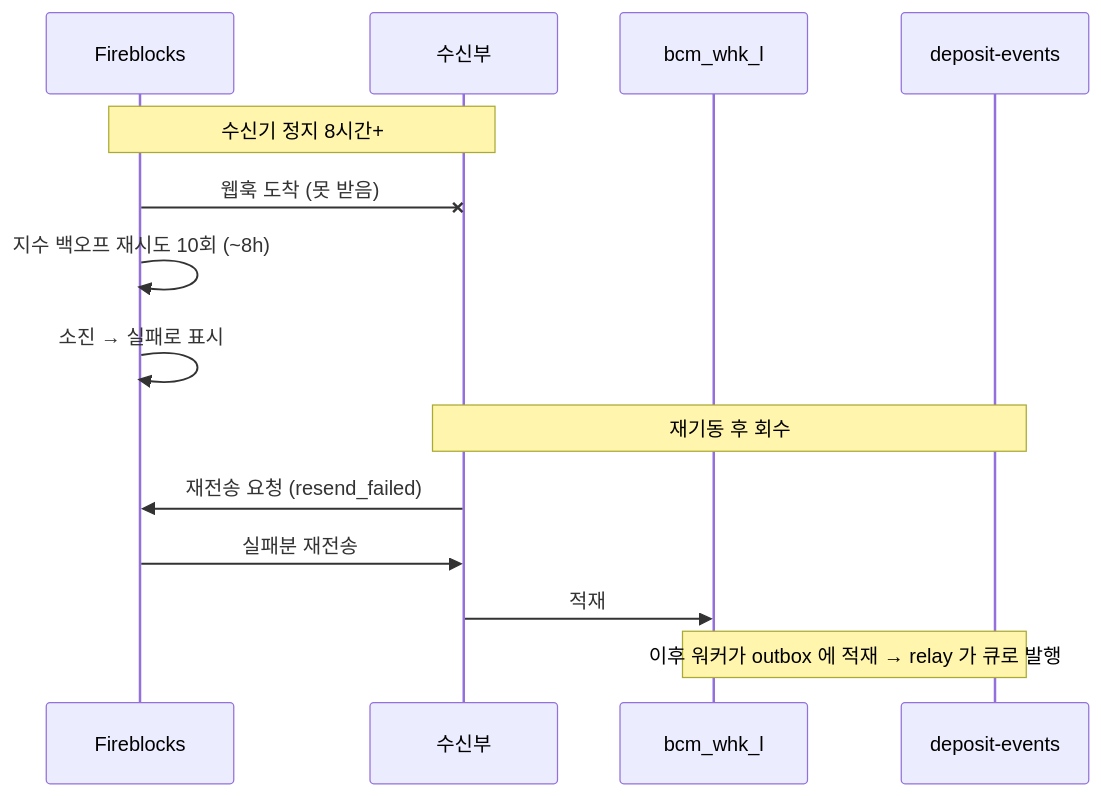
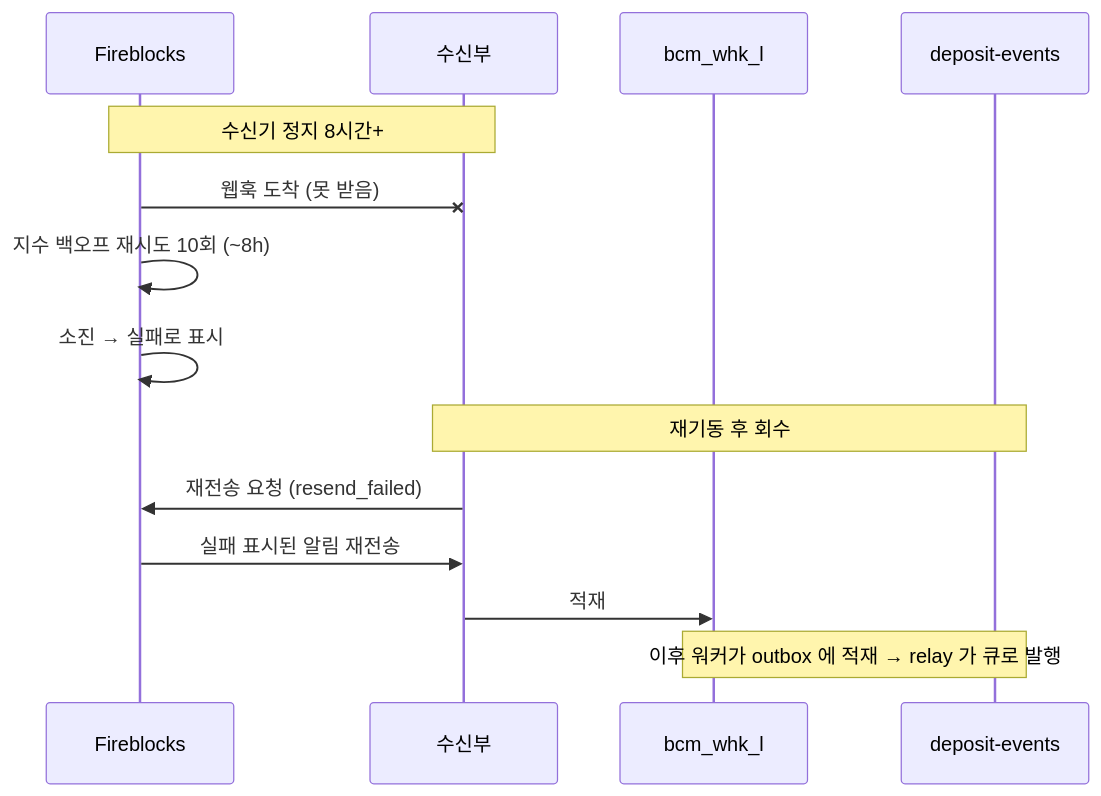
One commit to eunsujeo/eunpus changed the second of 4 diagrams in blockchain-manager/docs/BC/설계/99-detection-detail.md. Above: the diagram before and after it, drawn with Mermaid. The commit also changed other lines of this file and 7 other files, not shown here.

````diff
--- a/blockchain-manager/docs/BC/설계/99-detection-detail.md
+++ b/blockchain-manager/docs/BC/설계/99-detection-detail.md
@@ -170,18 +172,18 @@
 ```mermaid
 sequenceDiagram
   participant F as Fireblocks
   participant R as 수신부
   participant B as bcm_whk_l
   participant Q as deposit-events
 
   Note over F,R: 수신기 정지 8시간+
   F-xR: 웹훅 도착 (못 받음)
   F->>F: 지수 백오프 재시도 10회 (~8h)
   F->>F: 소진 → 실패로 표시
 
   Note over R,Q: 재기동 후 회수
   R->>F: 재전송 요청 (resend_failed)
-  F->>R: 실패분 재전송
+  F->>R: 실패 표시된 알림 재전송
   R->>B: 적재
   Note over B,Q: 이후 워커가 outbox 에 적재 → relay 가 큐로 발행
 ```
````
